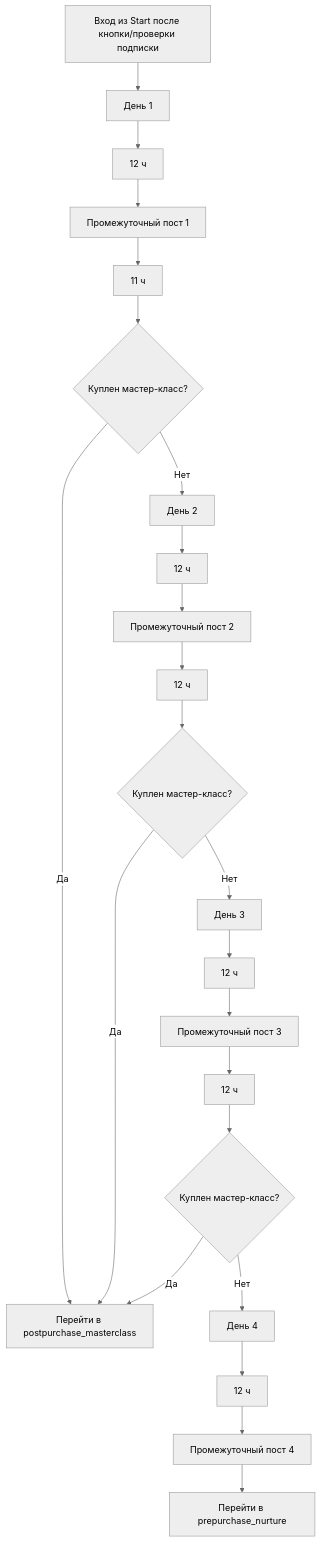
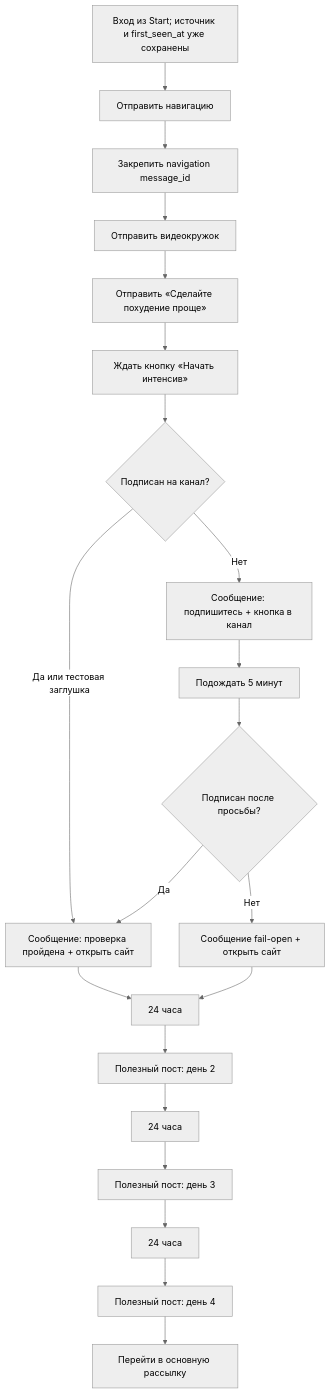
Before and after one commit to armagedongt/edabalans.ru: the diagram in docs/knowledge-base/modules/telegram/WELCOME_INTENSIVE.md, drawn with Mermaid (neutral theme). The commit also changed other lines of this file and 17 other files, not shown here.

Commit message:
Refine Telegram welcome graph and content editing

````diff
--- a/docs/knowledge-base/modules/telegram/WELCOME_INTENSIVE.md
+++ b/docs/knowledge-base/modules/telegram/WELCOME_INTENSIVE.md
@@ -31,18 +151,21 @@
 ```mermaid
 flowchart TD
-    IN[Вход из Start после кнопки/проверки подписки] --> D1[День 1]
-    D1 --> W1[12 ч] --> M1[Промежуточный пост 1]
-    M1 --> W2[11 ч] --> P2{Куплен мастер-класс?}
-    P2 -- Да --> BUY[Перейти в postpurchase_masterclass]
-    P2 -- Нет --> D2[День 2]
-    D2 --> W3[12 ч] --> M2[Промежуточный пост 2]
-    M2 --> W4[12 ч] --> P3{Куплен мастер-класс?}
-    P3 -- Да --> BUY
-    P3 -- Нет --> D3[День 3]
-    D3 --> W5[12 ч] --> M3[Промежуточный пост 3]
-    M3 --> W6[12 ч] --> P4{Куплен мастер-класс?}
-    P4 -- Да --> BUY
-    P4 -- Нет --> D4[День 4]
-    D4 --> W7[12 ч] --> M4[Промежуточный пост 4]
-    M4 --> OUT[Перейти в prepurchase_nurture]
+    IN[Вход из Start; источник и first_seen_at уже сохранены] --> NAV[Отправить навигацию]
+    NAV --> PIN[Закрепить navigation message_id]
+    PIN --> CIRCLE[Отправить видеокружок]
+    CIRCLE --> OFFER[Отправить «Сделайте похудение проще»]
+    OFFER --> BUTTON[Ждать кнопку «Начать интенсив»]
+    BUTTON --> SUB{Подписан на канал?}
+    SUB -- Да или тестовая заглушка --> PASS[Сообщение: проверка пройдена + открыть сайт]
+    SUB -- Нет --> FAIL[Сообщение: подпишитесь + кнопка в канал]
+    FAIL --> WAIT5[Подождать 5 минут]
+    WAIT5 --> SUB2{Подписан после просьбы?}
+    SUB2 -- Да --> PASS
+    SUB2 -- Нет --> OPEN[Сообщение fail-open + открыть сайт]
+    PASS --> D2WAIT[24 часа]
+    OPEN --> D2WAIT
+    D2WAIT --> D2[Полезный пост: день 2]
+    D2 --> D3WAIT[24 часа] --> D3[Полезный пост: день 3]
+    D3 --> D4WAIT[24 часа] --> D4[Полезный пост: день 4]
+    D4 --> OUT[Перейти в основную рассылку]
 ```
````
